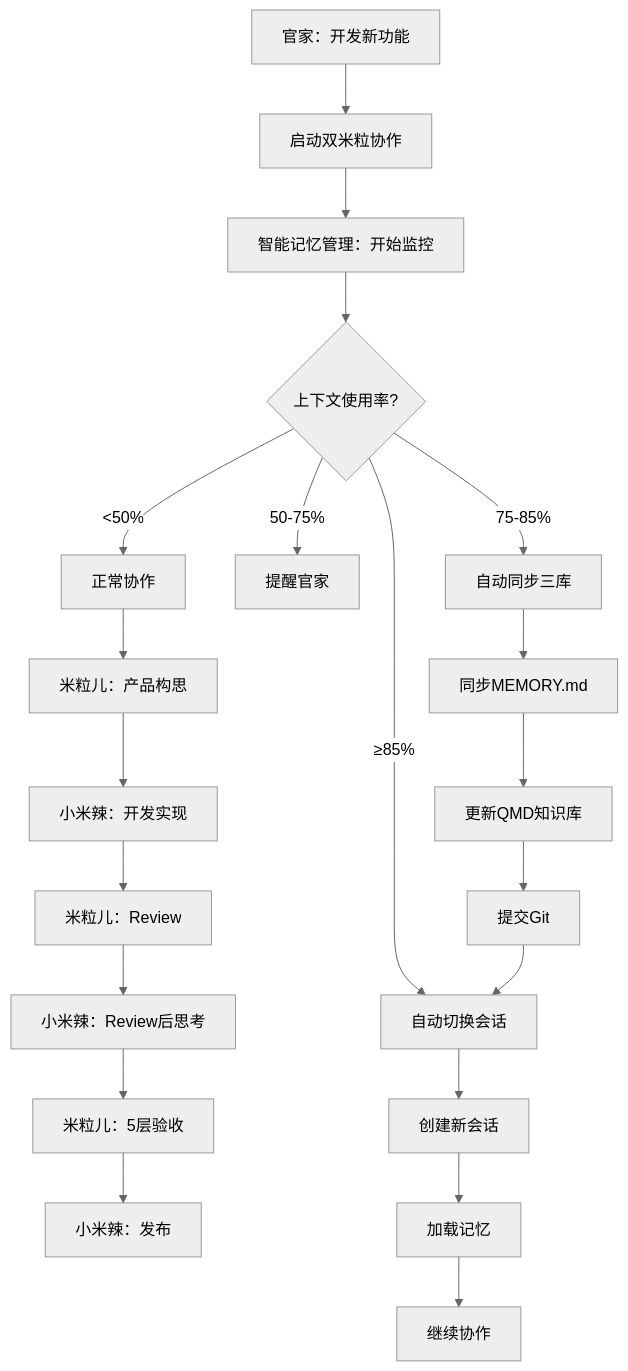
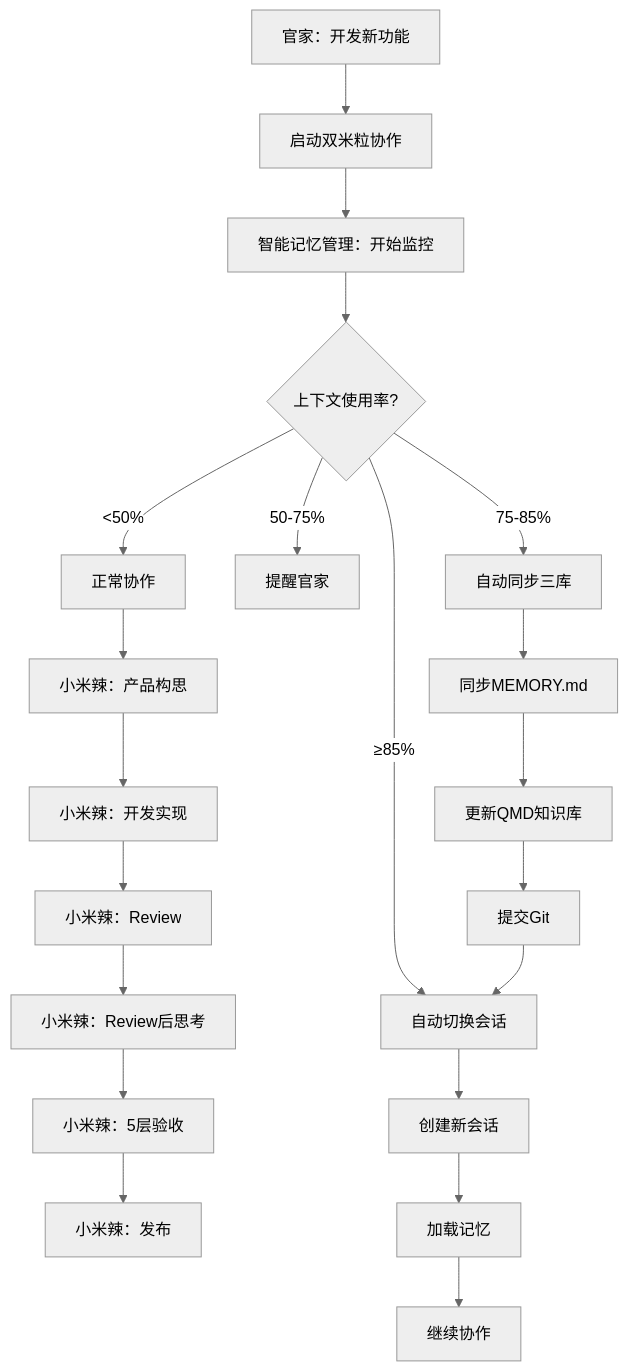
The diagram in docs/DUAL_MILI_SYSTEM_V4_INTEGRATED.md (zhaog100/openclaw-skills), drawn with Mermaid (neutral theme) before and after one commit. The commit also changed other lines of this file and 107 other files, not shown here.

First line of the commit message:
chore: PM 代理更名 - 米粒儿 → 小米辣

````diff
--- a/docs/DUAL_MILI_SYSTEM_V4_INTEGRATED.md
+++ b/docs/DUAL_MILI_SYSTEM_V4_INTEGRATED.md
@@ -88,27 +88,27 @@
 ```mermaid
 graph TD
     A[官家：开发新功能] --> B[启动双米粒协作]
     B --> C[智能记忆管理：开始监控]
     C --> D{上下文使用率?}
     
     D -->|<50%| E[正常协作]
     D -->|50-75%| F[提醒官家]
     D -->|75-85%| G[自动同步三库]
     D -->|≥85%| H[自动切换会话]
     
-    E --> I[米粒儿：产品构思]
+    E --> I[小米辣：产品构思]
     I --> J[小米辣：开发实现]
-    J --> K[米粒儿：Review]
+    J --> K[小米辣：Review]
     K --> L[小米辣：Review后思考]
-    L --> M[米粒儿：5层验收]
+    L --> M[小米辣：5层验收]
     M --> N[小米辣：发布]
     
     G --> O[同步MEMORY.md]
     O --> P[更新QMD知识库]
     P --> Q[提交Git]
     Q --> H
     
     H --> R[创建新会话]
     R --> S[加载记忆]
     S --> T[继续协作]
 ```
````
